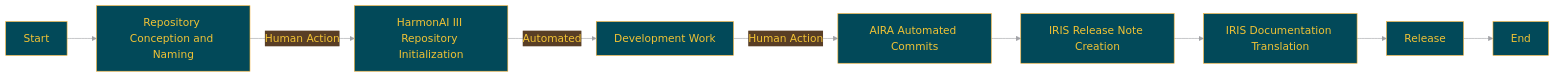
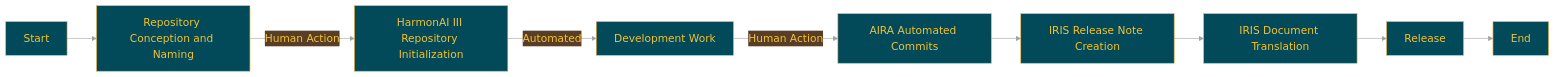
The diagram in docs/README.en.md (Sunwood-ai-labs/HarmonAI_III), drawn with Mermaid before and after one commit. The commit also changed other lines of this file, not shown here.

````diff
--- a/docs/README.en.md
+++ b/docs/README.en.md
@@ -119,20 +121,20 @@
 ```mermaid
 %%{init:{'theme':'base','themeVariables':{'primaryColor':'#024959','primaryTextColor':'#F2C335','primaryBorderColor':'#F2AE30','lineColor':'#A1A2A6','secondaryColor':'#593E25','tertiaryColor':'#F2C335','noteTextColor':'#024959','noteBkgColor':'#F2C335','textColor':'#024959','fontSize':'18px'}}}%%
 
 graph LR
     A[Start] --> B[Repository Conception and Naming]
     B -->|Human Action| C[HarmonAI III Repository Initialization]
     C -->|Automated| D[Development Work]
     D -->|Human Action| E[AIRA Automated Commits]
     E --> H[IRIS Release Note Creation]
-    H --> I[IRIS Documentation Translation]
+    H --> I[IRIS Document Translation]
     I --> J[Release]
     J --> K[End]
 
-    class B,D human;
+    class B,D,G human;
     class E aira;
     class F,H,I iris;
-    class C automated;
+    class C auto;
     class A,J,K process;
 
 ```
````
